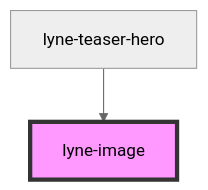
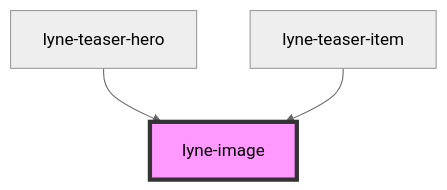
Before and after one commit to sbb-design-systems/lyne-components: the diagram in src/components/lyne-image/readme.md, drawn with Mermaid (neutral theme). The commit also changed other lines of this file and 16 other files, not shown here.

Commit message:
feat: initial commit of lyne-teaser-item & lyne-teaser-list

````diff
--- a/src/components/lyne-image/readme.md
+++ b/src/components/lyne-image/readme.md
@@ -39,5 +40,6 @@
 ```mermaid
 graph TD;
   lyne-teaser-hero --> lyne-image
+  lyne-teaser-item --> lyne-image
   style lyne-image fill:#f9f,stroke:#333,stroke-width:4px
 ```
````
